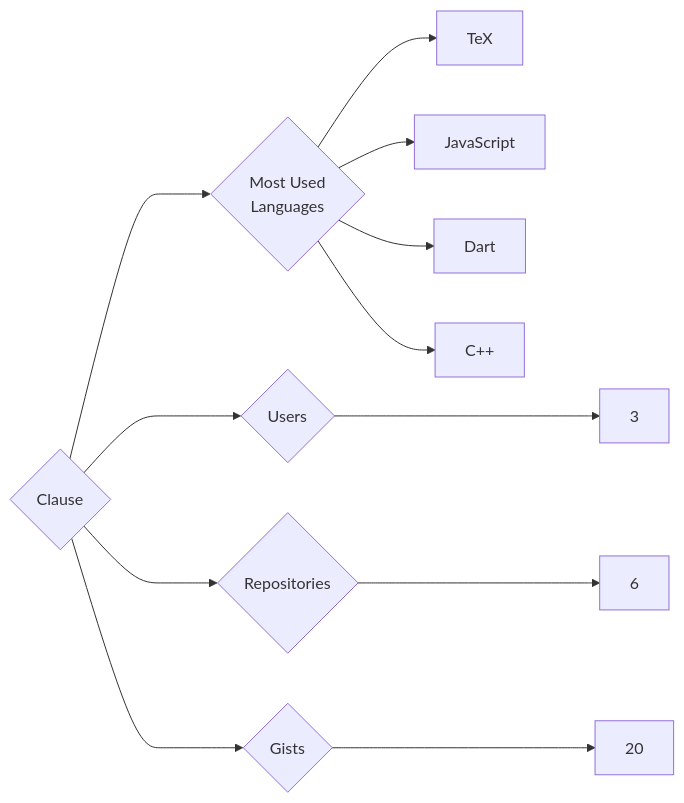
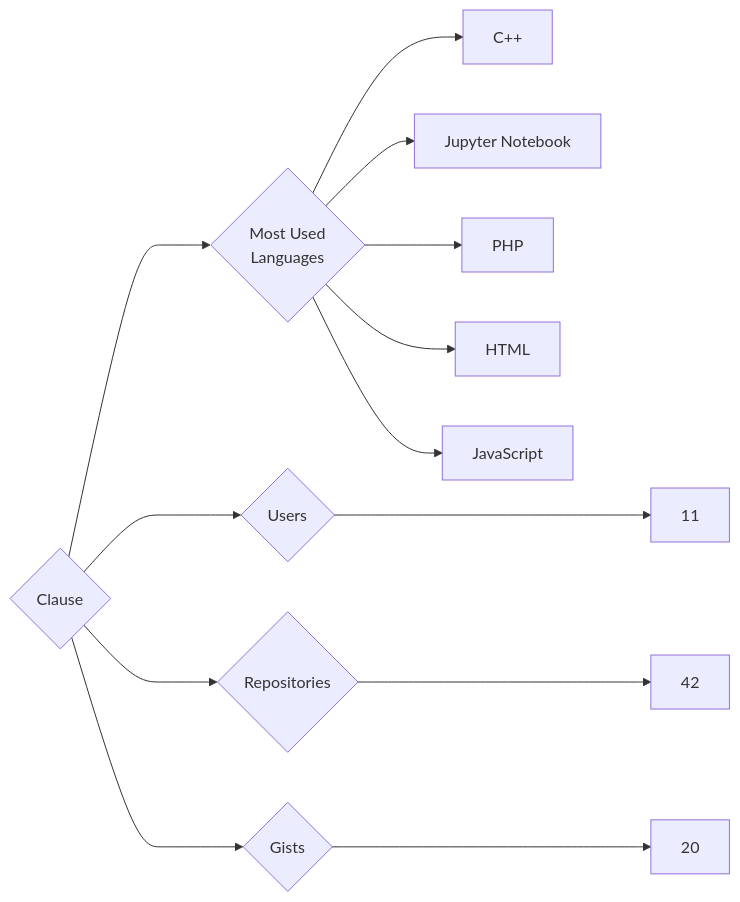
Before and after one commit to trickest/insiders: the diagram in targets/Clause/README.md, drawn with Mermaid. The commit also changed 782 other files, not shown here.

````diff
--- a/targets/Clause/README.md
+++ b/targets/Clause/README.md
@@ -3,12 +3,13 @@
 ```mermaid
 graph LR
 COMPANY_NAME{Clause}
-COMPANY_NAME ---> U{Users} ---> UN[3]
-COMPANY_NAME ---> R{Repositories} ---> RN[6]
+COMPANY_NAME ---> U{Users} ---> UN[11]
+COMPANY_NAME ---> R{Repositories} ---> RN[42]
 COMPANY_NAME ---> G{Gists} ---> GN[20]
 COMPANY_NAME ---> ML{Most Used<br>Languages}
-ML --> TeX[TeX]
+ML --> C++[C++]
+ML --> Jupyter_Notebook[Jupyter Notebook]
+ML --> PHP[PHP]
+ML --> HTML[HTML]
 ML --> JavaScript[JavaScript]
-ML --> Dart[Dart]
-ML --> C++[C++]
 ```
````
